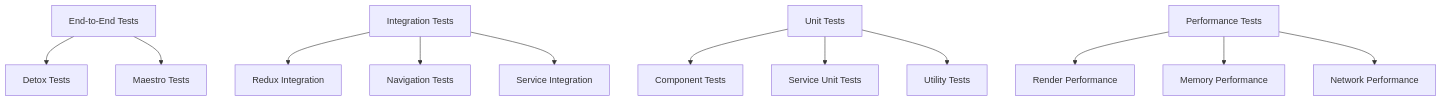
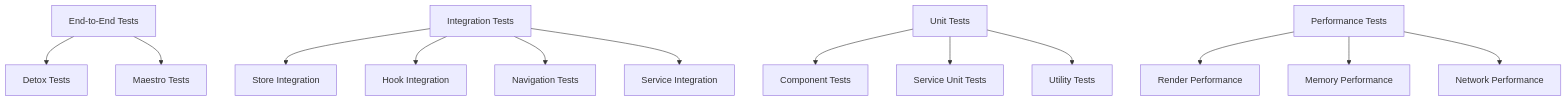
Before and after one commit to Yogendra96/Kindred: diagram 13 of 23 in docs/ARCHITECTURE.md, drawn with Mermaid. The commit also changed other lines of this file and 220 other files, not shown here.

````diff
--- a/docs/ARCHITECTURE.md
+++ b/docs/ARCHITECTURE.md
@@ -358,17 +410,18 @@
 ```mermaid
 graph TD
   E2E[End-to-End Tests] --> DETOX[Detox Tests]
   E2E --> MAESTRO[Maestro Tests]
 
-  INTEGRATION[Integration Tests] --> REDUX_TESTS[Redux Integration]
+  INTEGRATION[Integration Tests] --> STORE_TESTS[Store Integration]
+  INTEGRATION --> HOOK_TESTS[Hook Integration]
   INTEGRATION --> NAV_TESTS[Navigation Tests]
   INTEGRATION --> SERVICE_TESTS[Service Integration]
 
   UNIT[Unit Tests] --> COMPONENT_TESTS[Component Tests]
   UNIT --> SERVICE_UNIT[Service Unit Tests]
   UNIT --> UTILITY_TESTS[Utility Tests]
 
   PERFORMANCE[Performance Tests] --> RENDER_PERF[Render Performance]
   PERFORMANCE --> MEMORY_PERF[Memory Performance]
   PERFORMANCE --> NETWORK_PERF[Network Performance]
 ```
````
